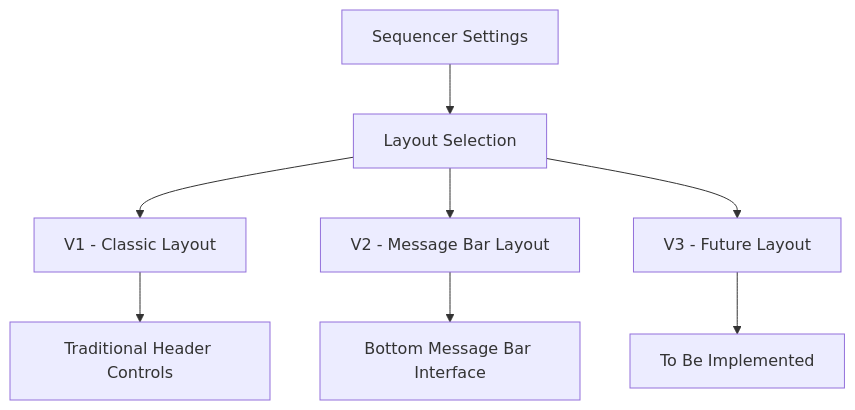
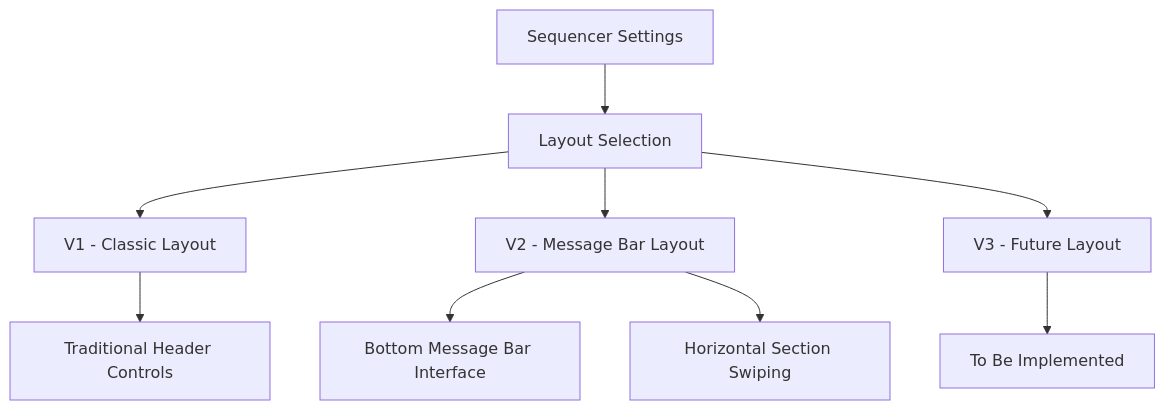
One commit to luddite478/fortuned changed the first of 5 diagrams in app/docs/user_flow/sequncer/v2/sequencer.md. Above: the diagram before and after it, drawn with Mermaid. The commit also changed other lines of this file and 9 other files, not shown here.

````diff
--- a/app/docs/user_flow/sequncer/v2/sequencer.md
+++ b/app/docs/user_flow/sequncer/v2/sequencer.md
@@ -9,11 +9,12 @@
 ```mermaid
 graph TD
     A[Sequencer Settings] --> B[Layout Selection]
     B --> C[V1 - Classic Layout]
     B --> D[V2 - Message Bar Layout]
     B --> E[V3 - Future Layout]
     
     C --> F[Traditional Header Controls]
     D --> G[Bottom Message Bar Interface]
-    E --> H[To Be Implemented]
+    D --> H[Horizontal Section Swiping]
+    E --> I[To Be Implemented]
 ```
````
